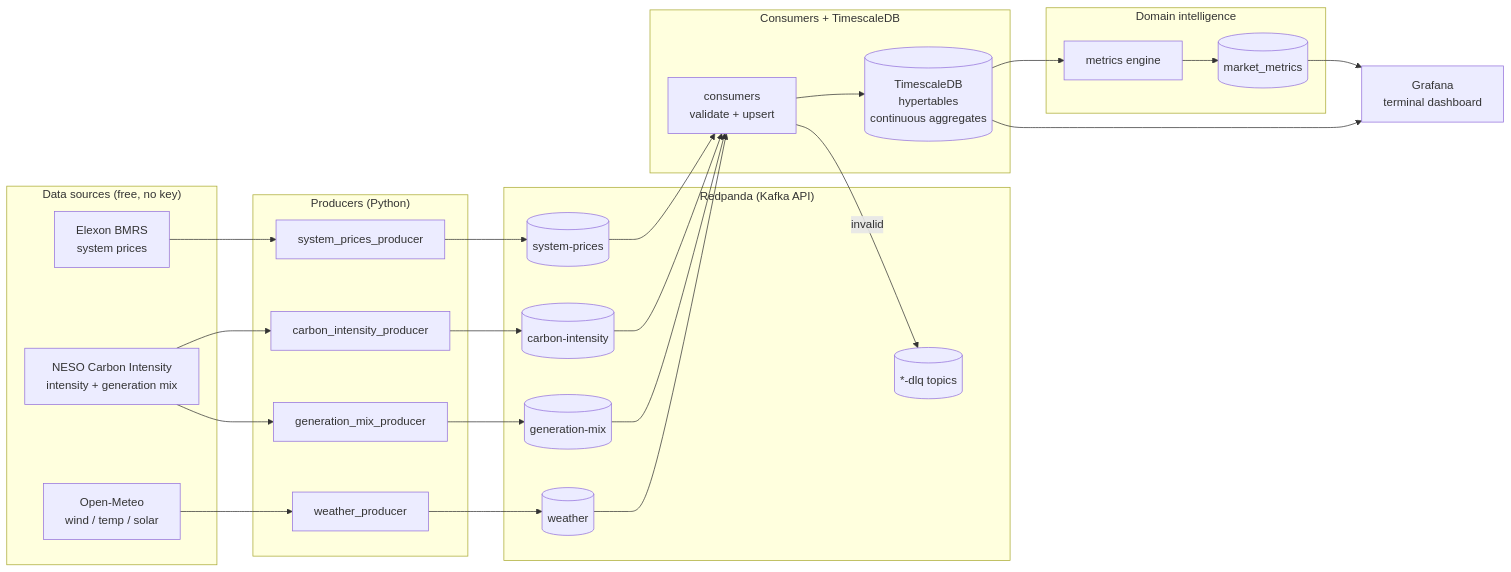
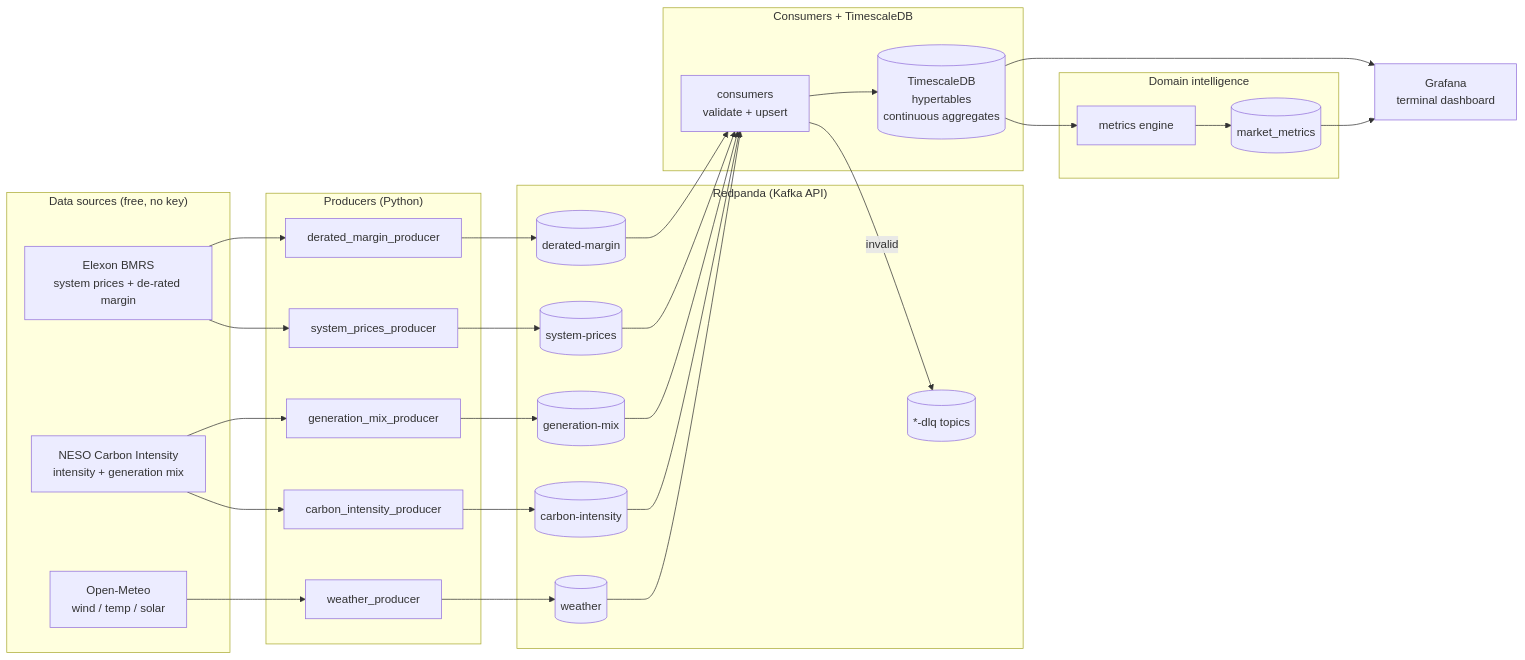
The diagram in README.md (nse4real/gridpulse), drawn with Mermaid before and after one commit. The commit also changed other lines of this file and 10 other files, not shown here.

First line of the commit message:
Replace dead buy/sell spread in stress index with de-rated margin

````diff
--- a/README.md
+++ b/README.md
@@ -47,45 +47,48 @@
 ```mermaid
 flowchart LR
     subgraph Sources["Data sources (free, no key)"]
-        ELEXON["Elexon BMRS<br/>system prices"]
+        ELEXON["Elexon BMRS<br/>system prices + de-rated margin"]
         NESO["NESO Carbon Intensity<br/>intensity + generation mix"]
         METEO["Open-Meteo<br/>wind / temp / solar"]
     end
 
     subgraph Ingestion["Producers (Python)"]
         P1[system_prices_producer]
+        P5[derated_margin_producer]
         P2[carbon_intensity_producer]
         P3[generation_mix_producer]
         P4[weather_producer]
     end
 
     subgraph Broker["Redpanda (Kafka API)"]
         T1[(system-prices)]
+        T5[(derated-margin)]
         T2[(carbon-intensity)]
         T3[(generation-mix)]
         T4[(weather)]
         DLQ[("*-dlq topics")]
     end
 
     subgraph Storage["Consumers + TimescaleDB"]
         C1[consumers<br/>validate + upsert]
         DB[("TimescaleDB<br/>hypertables<br/>continuous aggregates")]
     end
 
     subgraph Gold["Domain intelligence"]
         CALC[metrics engine]
         M[(market_metrics)]
     end
 
     GRAF["Grafana<br/>terminal dashboard"]
 
     ELEXON --> P1 --> T1
+    ELEXON --> P5 --> T5
     NESO --> P2 --> T2
     NESO --> P3 --> T3
     METEO --> P4 --> T4
-    T1 & T2 & T3 & T4 --> C1
+    T1 & T2 & T3 & T4 & T5 --> C1
     C1 -- invalid --> DLQ
     C1 --> DB
     DB --> CALC --> M --> GRAF
     DB --> GRAF
 ```
````
